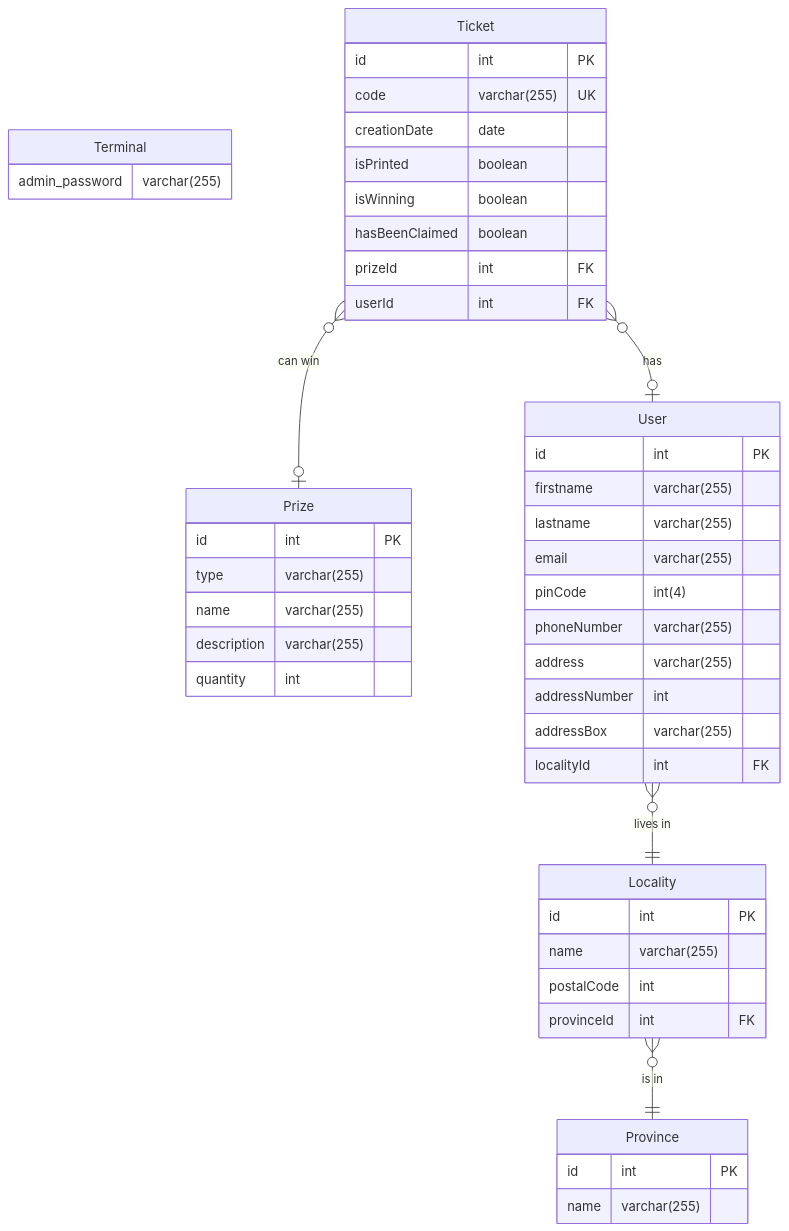
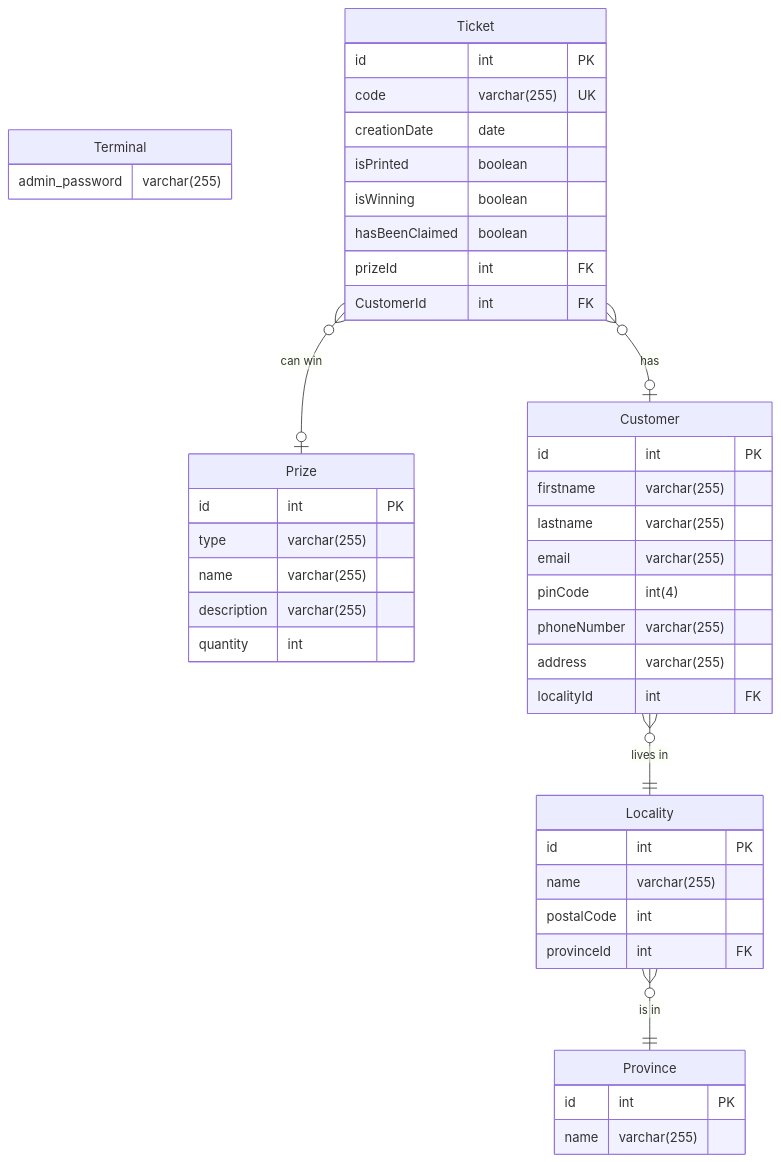
One commit to HunteRoi/bwatakado changed the diagram in docs/mermaid/Entity-Relationship.mermaid. Above: the diagram before and after it, drawn with Mermaid. The commit also changed 15 other files, not shown here.

```diff
--- a/docs/mermaid/Entity-Relationship.mermaid
+++ b/docs/mermaid/Entity-Relationship.mermaid
@@ -1,54 +1,52 @@
 erDiagram
     %% Terminal is not stored in Database, but in a file
     Terminal {
         admin_password varchar(255)
     }
 
     Prize {
         id int PK
         type varchar(255)
         name varchar(255)
         description varchar(255)
         quantity int
     }
 
     Ticket {
         id int PK
         code varchar(255) UK
         creationDate date
         isPrinted boolean
         isWinning boolean
         hasBeenClaimed boolean
         prizeId int FK
-        userId int FK
+        CustomerId int FK
     }
 
-    User {
+    Customer {
         id int PK
         firstname varchar(255)
         lastname varchar(255)
         email varchar(255)
         pinCode int(4)
         phoneNumber varchar(255)
         address varchar(255)
-        addressNumber int
-        addressBox varchar(255)
         localityId int FK
     }
 
     Locality {
         id int PK
         name varchar(255)
         postalCode int
         provinceId int FK
     }
 
     Province {
         id int PK
         name varchar(255)
     }
 
-    User }o--|| Locality: "lives in"
+    Customer }o--|| Locality: "lives in"
     Locality }o--|| Province: "is in"
-    Ticket }o--o| User: "has"
+    Ticket }o--o| Customer: "has"
     Ticket }o--o| Prize: "can win"
```
